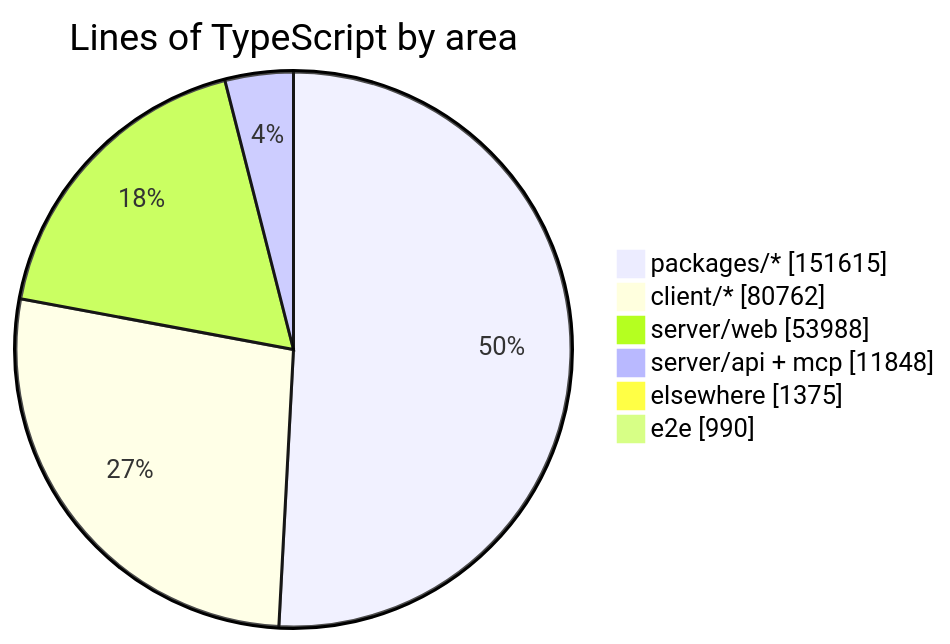
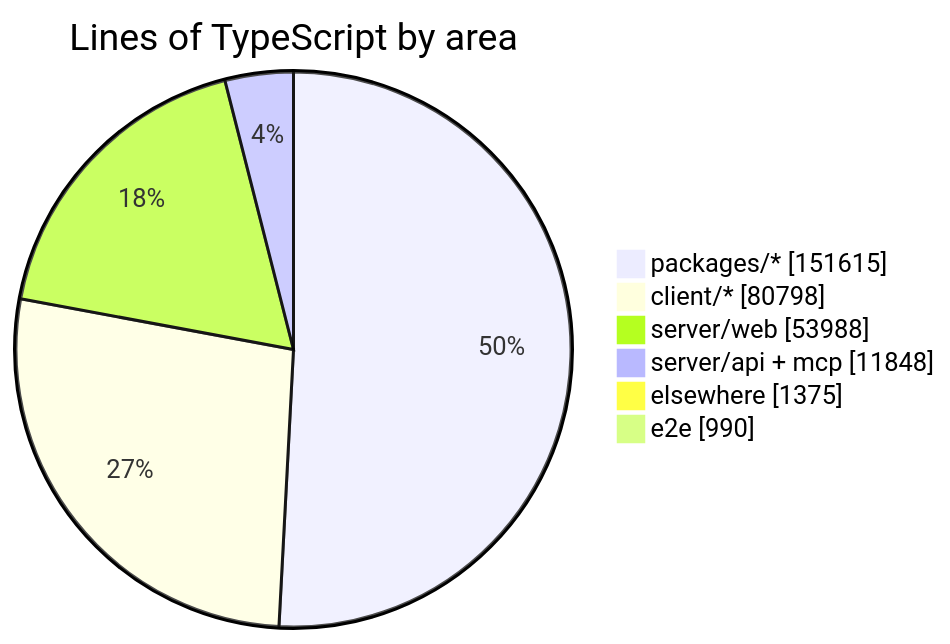
Before and after one commit to crossworks-engineering/mantle: the diagram in README.md, drawn with Mermaid. The commit also changed other lines of this file and 4 other files, not shown here.

````diff
--- a/README.md
+++ b/README.md
@@ -279,9 +279,9 @@
 ```mermaid
 pie showData title Lines of TypeScript by area
     "packages/*" : 151615
-    "client/*" : 80762
+    "client/*" : 80798
     "server/web" : 53988
     "server/api + mcp" : 11848
     "elsewhere" : 1375
     "e2e" : 990
 ```
````
